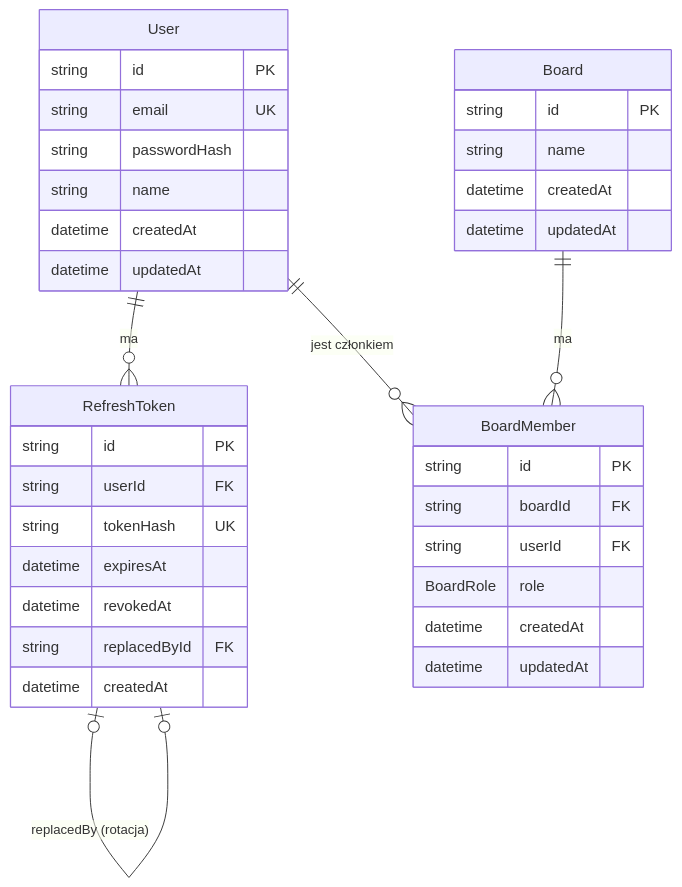
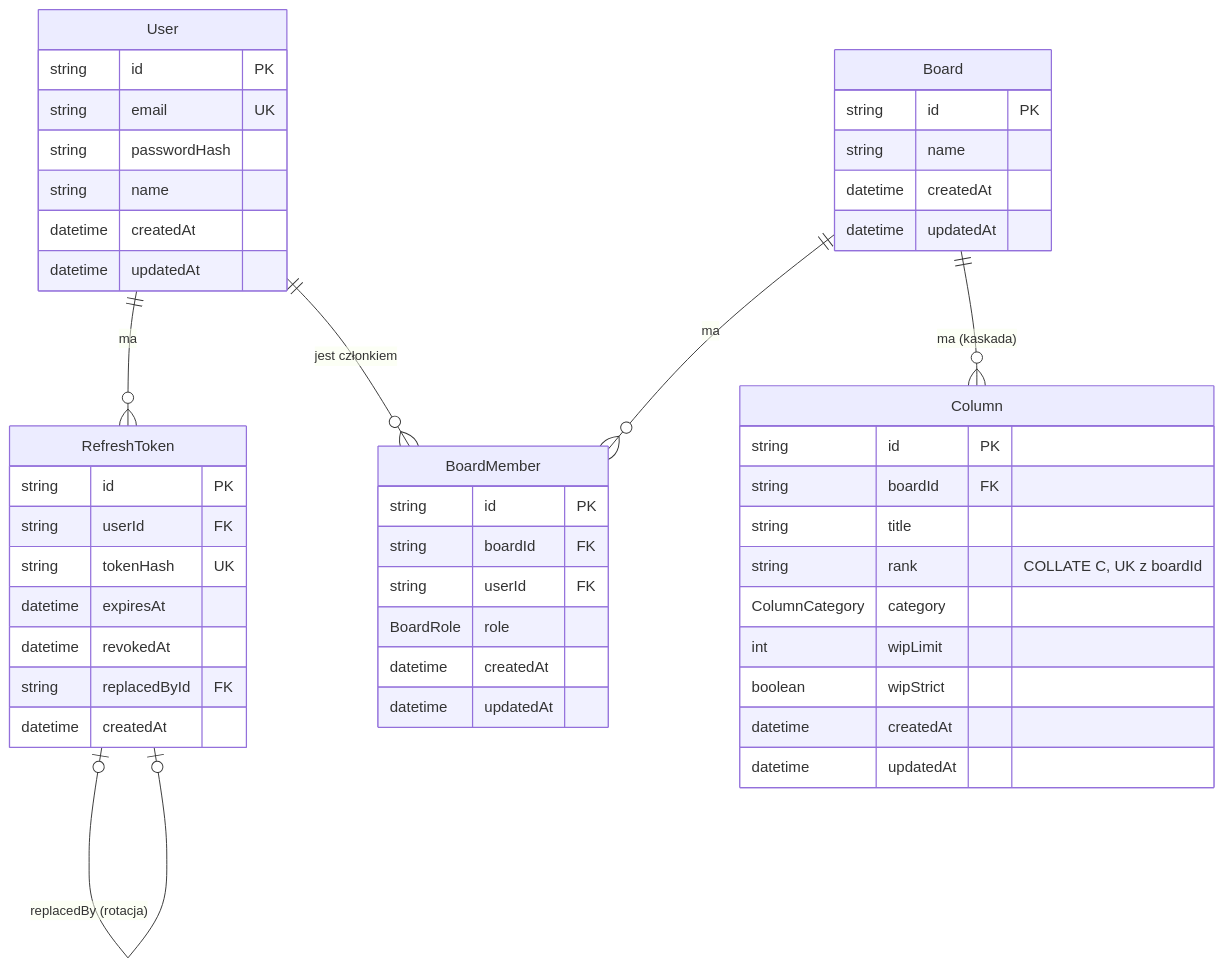
Before and after one commit to Zionert/streamline-ai: the diagram in docs/DATABASE.md, drawn with Mermaid. The commit also changed other lines of this file and 10 other files, not shown here.

````diff
--- a/docs/DATABASE.md
+++ b/docs/DATABASE.md
@@ -6,38 +6,50 @@
 ```mermaid
 erDiagram
   User ||--o{ RefreshToken : "ma"
   RefreshToken |o--o| RefreshToken : "replacedBy (rotacja)"
   User ||--o{ BoardMember : "jest członkiem"
   Board ||--o{ BoardMember : "ma"
+  Board ||--o{ Column : "ma (kaskada)"
   User {
     string id PK
     string email UK
     string passwordHash
     string name
     datetime createdAt
     datetime updatedAt
   }
   RefreshToken {
     string id PK
     string userId FK
     string tokenHash UK
     datetime expiresAt
     datetime revokedAt
     string replacedById FK
     datetime createdAt
   }
   Board {
     string id PK
     string name
     datetime createdAt
     datetime updatedAt
   }
   BoardMember {
     string id PK
     string boardId FK
     string userId FK
     BoardRole role
     datetime createdAt
     datetime updatedAt
   }
+  Column {
+    string id PK
+    string boardId FK
+    string title
+    string rank "COLLATE C, UK z boardId"
+    ColumnCategory category
+    int wipLimit
+    boolean wipStrict
+    datetime createdAt
+    datetime updatedAt
+  }
 ```
````
